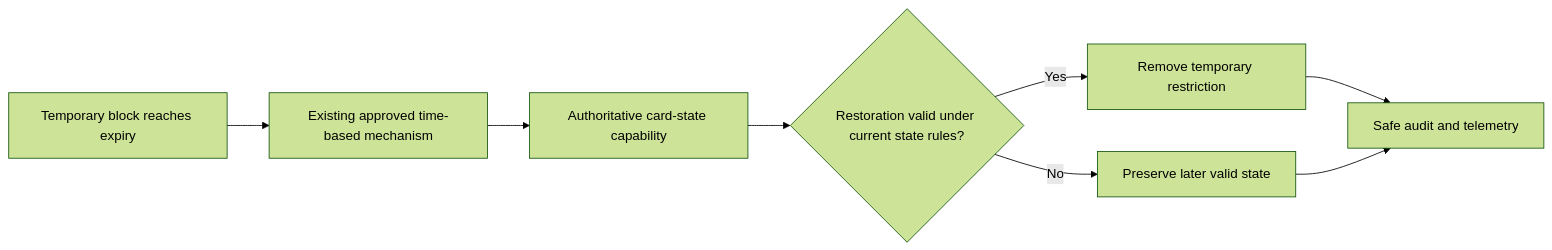
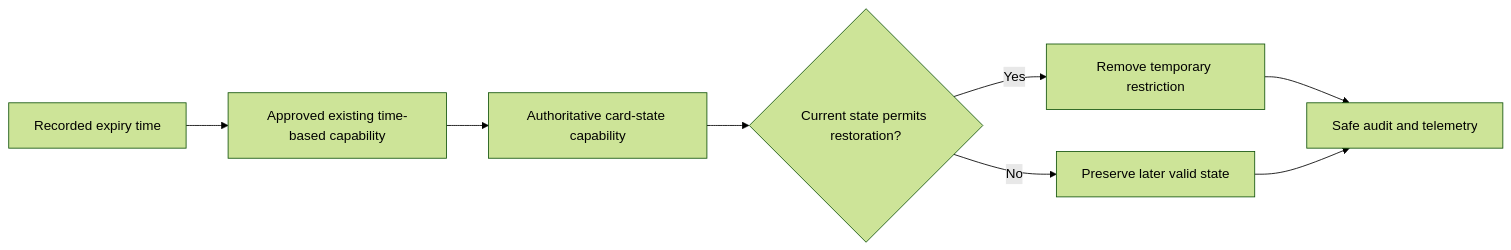
Before and after one commit to sarojgt/ai-sdlc: the second of 2 diagrams in ai-sdlc/initiatives/KAN-5/hld/hld.md, drawn with Mermaid (forest theme). The commit also changed other lines of this file and 6 other files, not shown here.

Commit message:
fix(hld): address architect review feedback

````diff
--- a/ai-sdlc/initiatives/KAN-5/hld/hld.md
+++ b/ai-sdlc/initiatives/KAN-5/hld/hld.md
@@ -182,10 +175,10 @@
 ```mermaid
 flowchart LR
-    Due["Temporary block reaches expiry"] --> Mechanism["Existing approved time-based mechanism"]
-    Mechanism --> State["Authoritative card-state capability"]
-    State --> Check{"Restoration valid under current state rules?"}
+    Due["Recorded expiry time"] --> Timer["Approved existing time-based capability"]
+    Timer --> State["Authoritative card-state capability"]
+    State --> Check{"Current state permits restoration?"}
     Check -->|Yes| Restore["Remove temporary restriction"]
     Check -->|No| Preserve["Preserve later valid state"]
-    Restore --> Audit["Safe audit and telemetry"]
-    Preserve --> Audit
+    Restore --> Ops["Safe audit and telemetry"]
+    Preserve --> Ops
 ```
````
